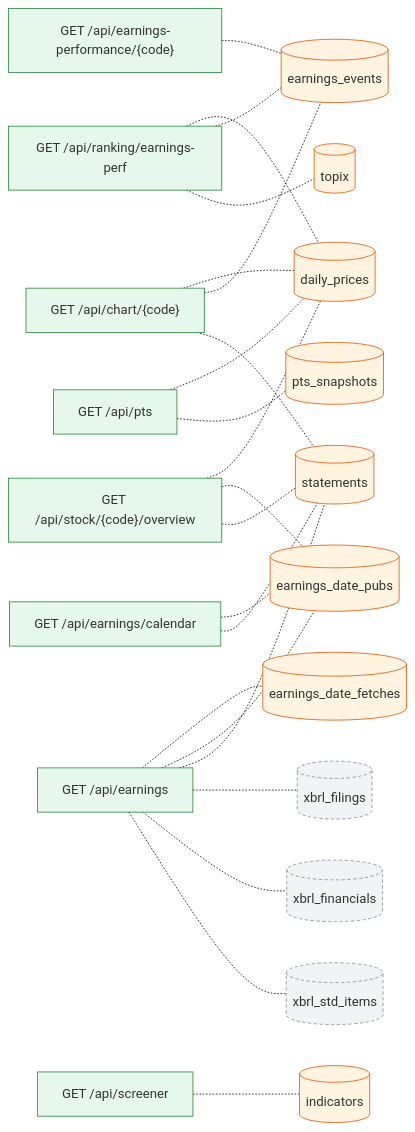
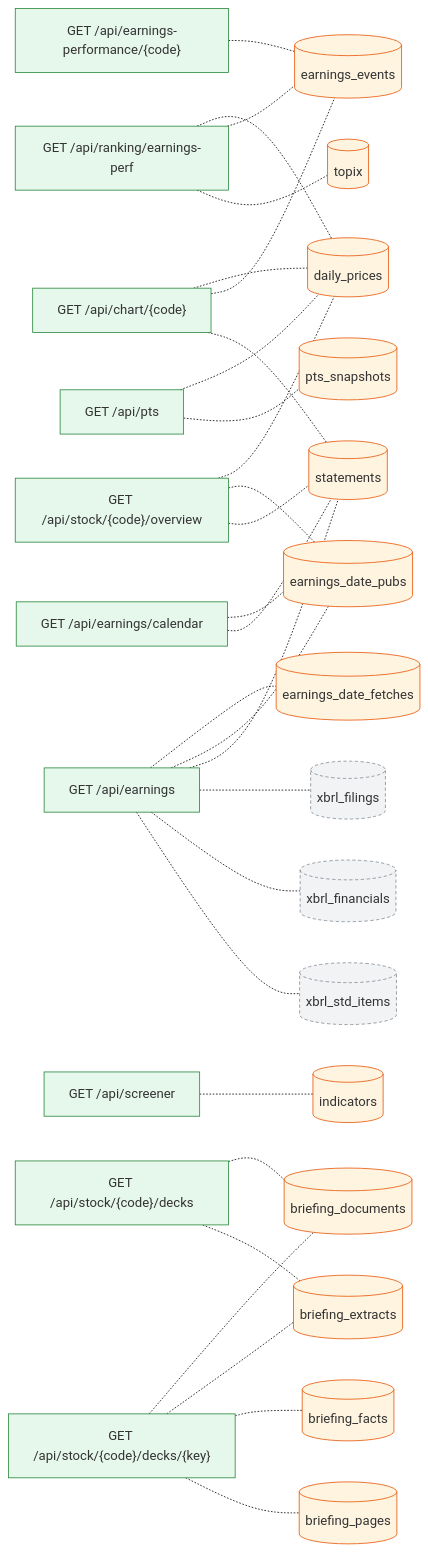
The second of 2 diagrams in docs/dataflow/market.md (pekumirui/stock-analyzer), drawn with Mermaid (base theme) before and after one commit. The commit also changed other lines of this file and 14 other files, not shown here.

````diff
--- a/docs/dataflow/market.md
+++ b/docs/dataflow/market.md
@@ -81,47 +81,59 @@
 ```mermaid
 flowchart LR
   n0["GET /api/chart/{code}"]:::api
   n1["GET /api/earnings"]:::api
   n2["GET /api/earnings-performance/{code}"]:::api
   n3["GET /api/earnings/calendar"]:::api
   n4["GET /api/pts"]:::api
   n5["GET /api/ranking/earnings-perf"]:::api
   n6["GET /api/screener"]:::api
-  n7["GET /api/stock/{code}/overview"]:::api
-  n8[("daily_prices")]:::tbl
-  n9[("earnings_date_fetches")]:::tbl
-  n10[("earnings_date_pubs")]:::tbl
-  n11[("earnings_events")]:::tbl
-  n12[("indicators")]:::tbl
-  n13[("pts_snapshots")]:::tbl
-  n14[("statements")]:::tbl
-  n15[("topix")]:::tbl
-  n16[("xbrl_filings")]:::ext
-  n17[("xbrl_financials")]:::ext
-  n18[("xbrl_std_items")]:::ext
-  n0 -.- n8
-  n0 -.- n11
+  n7["GET /api/stock/{code}/decks"]:::api
+  n8["GET /api/stock/{code}/decks/{key}"]:::api
+  n9["GET /api/stock/{code}/overview"]:::api
+  n10[("briefing_documents")]:::tbl
+  n11[("briefing_extracts")]:::tbl
+  n12[("briefing_facts")]:::tbl
+  n13[("briefing_pages")]:::tbl
+  n14[("daily_prices")]:::tbl
+  n15[("earnings_date_fetches")]:::tbl
+  n16[("earnings_date_pubs")]:::tbl
+  n17[("earnings_events")]:::tbl
+  n18[("indicators")]:::tbl
+  n19[("pts_snapshots")]:::tbl
+  n20[("statements")]:::tbl
+  n21[("topix")]:::tbl
+  n22[("xbrl_filings")]:::ext
+  n23[("xbrl_financials")]:::ext
+  n24[("xbrl_std_items")]:::ext
   n0 -.- n14
-  n1 -.- n9
-  n1 -.- n10
-  n1 -.- n14
+  n0 -.- n17
+  n0 -.- n20
+  n1 -.- n15
   n1 -.- n16
-  n1 -.- n17
-  n1 -.- n18
-  n2 -.- n11
-  n3 -.- n10
-  n3 -.- n14
-  n4 -.- n8
-  n4 -.- n13
-  n5 -.- n8
-  n5 -.- n11
-  n5 -.- n15
-  n6 -.- n12
-  n7 -.- n8
+  n1 -.- n20
+  n1 -.- n22
+  n1 -.- n23
+  n1 -.- n24
+  n2 -.- n17
+  n3 -.- n16
+  n3 -.- n20
+  n4 -.- n14
+  n4 -.- n19
+  n5 -.- n14
+  n5 -.- n17
+  n5 -.- n21
+  n6 -.- n18
   n7 -.- n10
-  n7 -.- n14
+  n7 -.- n11
+  n8 -.- n10
+  n8 -.- n11
+  n8 -.- n12
+  n8 -.- n13
+  n9 -.- n14
+  n9 -.- n16
+  n9 -.- n20
   classDef job fill:#e3ecff,stroke:#3b5bdb
   classDef api fill:#e6f7ec,stroke:#2b8a3e
   classDef tbl fill:#fff4e0,stroke:#e8590c
   classDef ext fill:#f1f3f5,stroke:#868e96,stroke-dasharray:4 3
 ```
````
